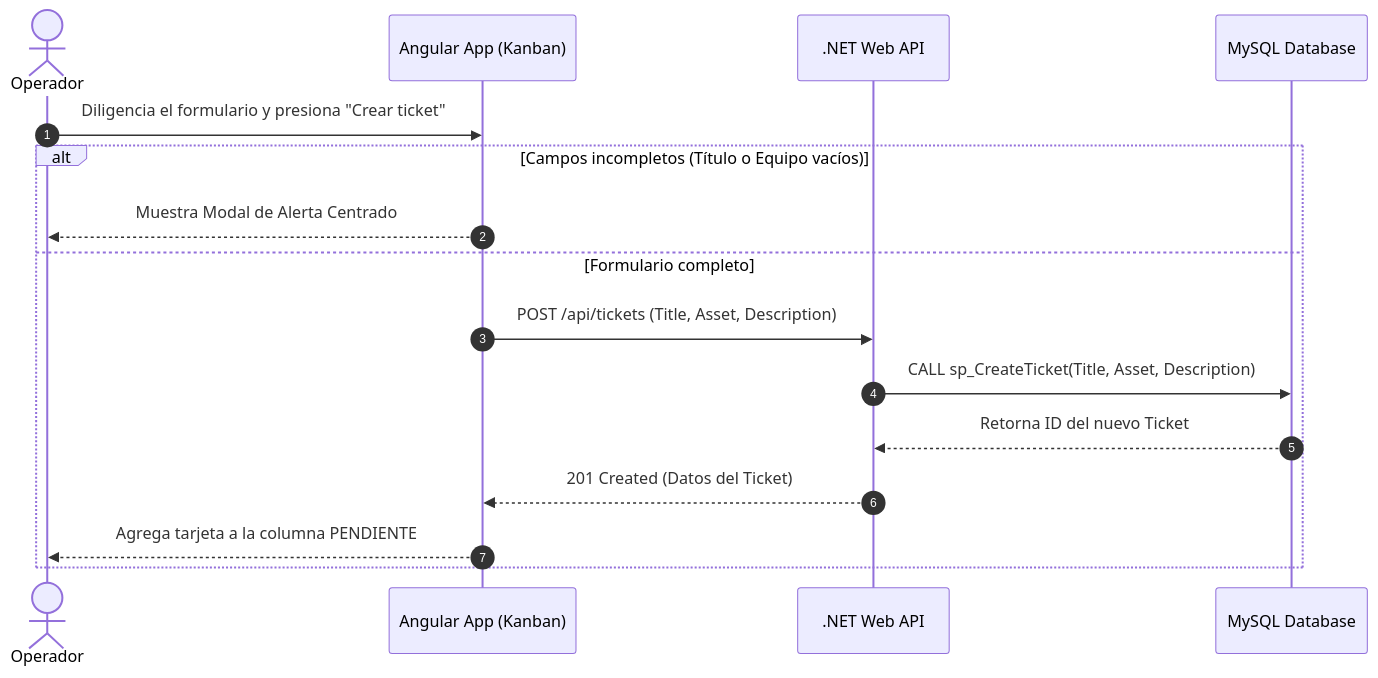
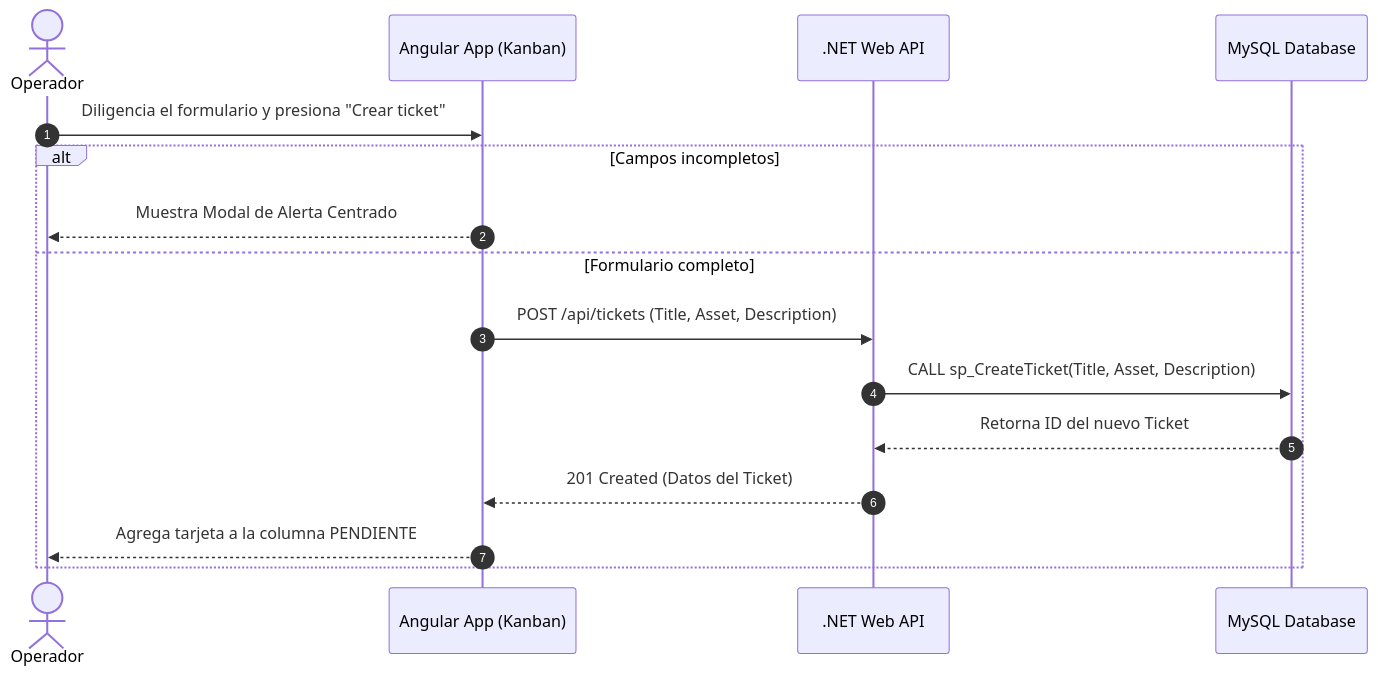
One commit to Pablopiblo13/Fractal-Ticket-Control changed the second of 4 diagrams in README.md. Above: the diagram before and after it, drawn with Mermaid. The commit also changed other lines of this file, not shown here.

````diff
--- a/README.md
+++ b/README.md
@@ -96,21 +134,22 @@
 ```mermaid
 sequenceDiagram
+
     autonumber
 
     actor Operador
     participant Frontend as Angular App (Kanban)
     participant API as .NET Web API
     participant DB as MySQL Database
 
     Operador->>Frontend: Diligencia el formulario y presiona "Crear ticket"
 
-    alt Campos incompletos (Título o Equipo vacíos)
+    alt Campos incompletos
         Frontend-->>Operador: Muestra Modal de Alerta Centrado
     else Formulario completo
         Frontend->>API: POST /api/tickets (Title, Asset, Description)
         API->>DB: CALL sp_CreateTicket(Title, Asset, Description)
         DB-->>API: Retorna ID del nuevo Ticket
         API-->>Frontend: 201 Created (Datos del Ticket)
         Frontend-->>Operador: Agrega tarjeta a la columna PENDIENTE
     end
 ```
````
